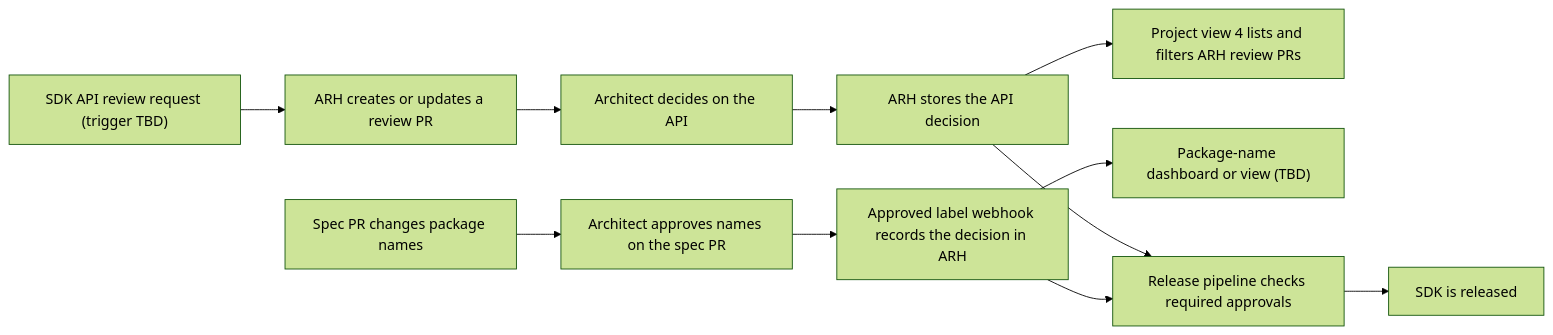
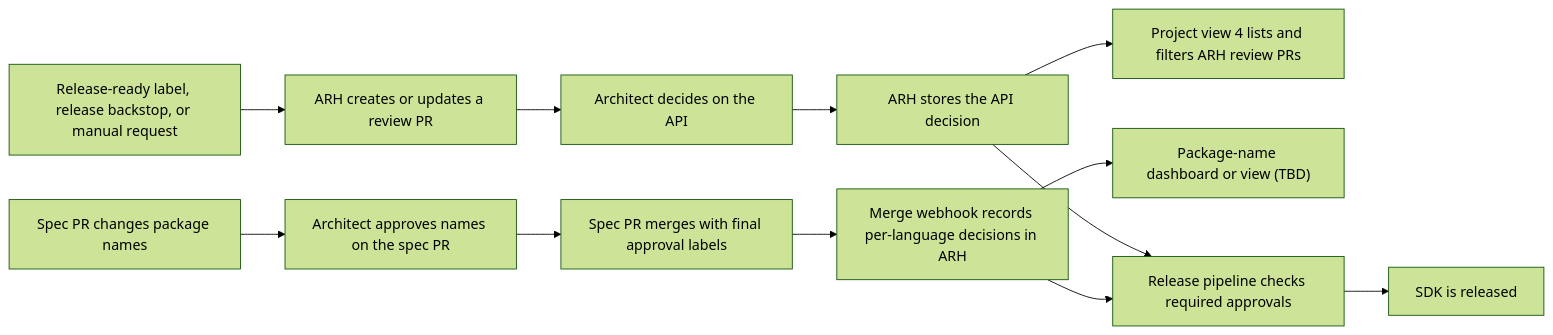
One commit to danfiedler-msft/azure-sdk-tools changed the diagram in tools/azsdk-cli/docs/specs/8-operations-architect-review-workflow.spec.md. Above: the diagram before and after it, drawn with Mermaid (forest theme). The commit also changed other lines of this file, not shown here.

First line of the commit message:
Capture ARH workflow sync decisions

````diff
--- a/tools/azsdk-cli/docs/specs/8-operations-architect-review-workflow.spec.md
+++ b/tools/azsdk-cli/docs/specs/8-operations-architect-review-workflow.spec.md
@@ -32,17 +32,18 @@
 ```mermaid
 flowchart LR
-    START["SDK API review request (trigger TBD)"]
+    START["Release-ready label, release backstop, or manual request"]
     START --> REVIEWPR["ARH creates or updates a review PR"]
     REVIEWPR --> APIREVIEW["Architect decides on the API"]
     APIREVIEW --> APIRECORD["ARH stores the API decision"]
 
     SPECPR["Spec PR changes package names"]
     SPECPR --> NAMEREVIEW["Architect approves names on the spec PR"]
-    NAMEREVIEW --> NAMERECORD["Approved label webhook records the decision in ARH"]
+    NAMEREVIEW --> SPECMERGE["Spec PR merges with final approval labels"]
+    SPECMERGE --> NAMERECORD["Merge webhook records per-language decisions in ARH"]
 
     APIRECORD --> BOARD["Project view 4 lists and filters ARH review PRs"]
     NAMERECORD --> NAMEVIEW["Package-name dashboard or view (TBD)"]
     APIRECORD --> GATE["Release pipeline checks required approvals"]
     NAMERECORD --> GATE
     GATE --> RELEASE["SDK is released"]
 ```
````
